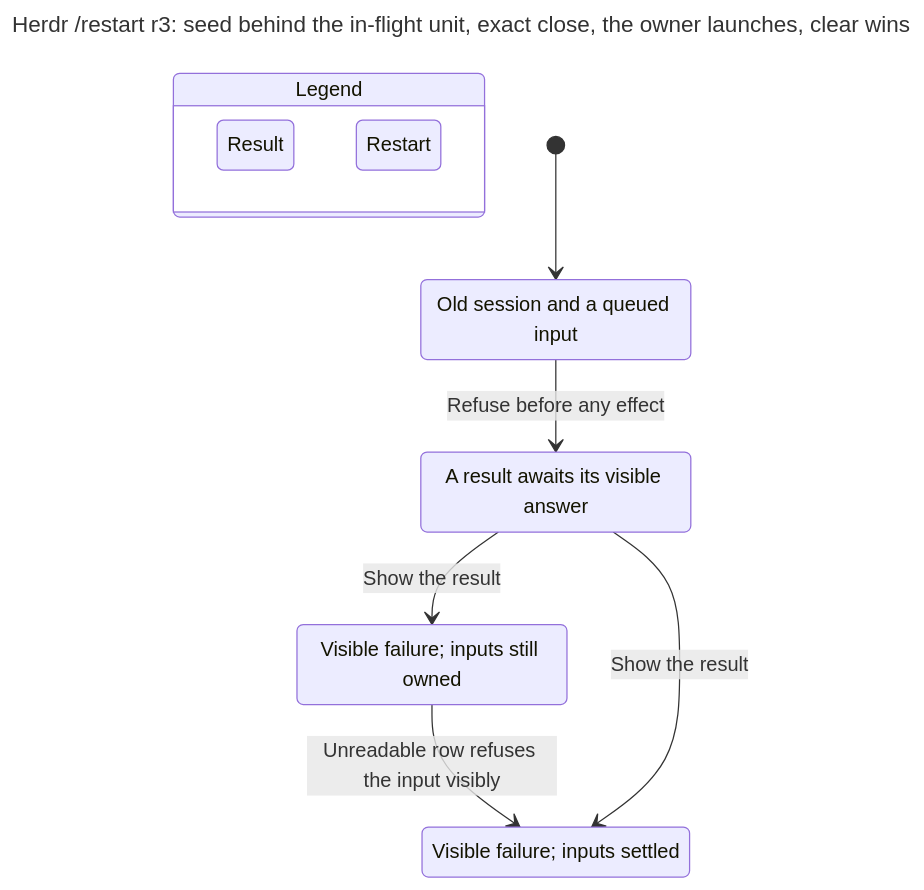
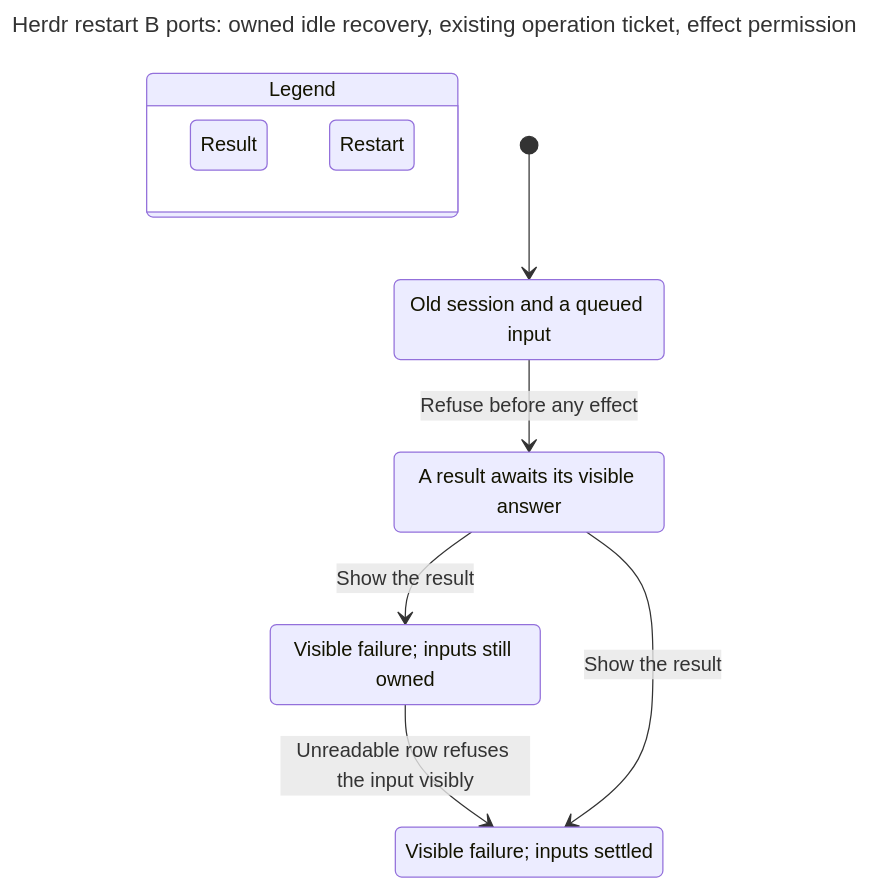
One commit to itismyfield/AgentDesk changed the diagram in docs/statecharts/session-lifecycle/herdr-restart-owner-StartUnknown.chart.mmd. Above: the diagram before and after it, drawn with Mermaid. The commit also changed 193 other files, not shown here.

First line of the commit message:
docs: split Herdr restart implementation at the size gate

```diff
--- a/docs/statecharts/session-lifecycle/herdr-restart-owner-StartUnknown.chart.mmd
+++ b/docs/statecharts/session-lifecycle/herdr-restart-owner-StartUnknown.chart.mmd
@@ -1,23 +1,23 @@
 ---
-title: "Herdr /restart r3: seed behind the in-flight unit, exact close, the owner launches, clear wins"
+title: "Herdr restart B ports: owned idle recovery, existing operation ticket, effect permission"
 ---
 stateDiagram-v2
   state "Legend" as legend {
     lg0: Result
     lg1: Restart
   }
   class lg0 teal
   class lg1 blue
   s0: Old session and a queued input
   s1: A result awaits its visible answer
   s2: Visible failure#59; inputs still owned
   s3: Visible failure#59; inputs settled
   [*] --> s0
   s0 --> s1: Refuse before any effect
   s1 --> s2: Show the result
   s2 --> s3: Unreadable row refuses the input visibly
   s1 --> s3: Show the result
   class s0 blue
   class s1 blue
   class s2 teal
   class s3 teal
```
